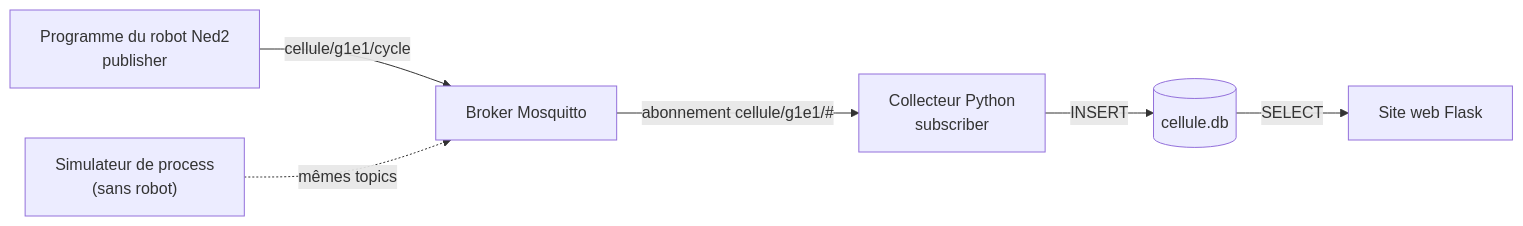
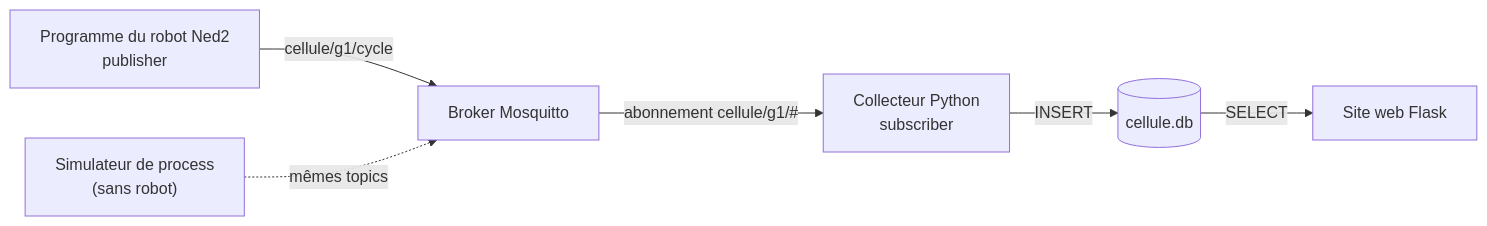
The first of 2 diagrams in cours/collecteur_MQTT.md (fabrice1618/niryo2), drawn with Mermaid before and after one commit. The commit also changed other lines of this file and 37 other files, not shown here.

````diff
--- a/cours/collecteur_MQTT.md
+++ b/cours/collecteur_MQTT.md
@@ -33,8 +33,8 @@
 ```mermaid
 flowchart LR
-    ROBOT["Programme du robot Ned2<br/>publisher"] -- "cellule/g1e1/cycle" --> BROKER["Broker Mosquitto"]
+    ROBOT["Programme du robot Ned2<br/>publisher"] -- "cellule/g1/cycle" --> BROKER["Broker Mosquitto"]
     SIM["Simulateur de process<br/>(sans robot)"] -. "mêmes topics" .-> BROKER
-    BROKER -- "abonnement cellule/g1e1/#" --> COLL["Collecteur Python<br/>subscriber"]
+    BROKER -- "abonnement cellule/g1/#" --> COLL["Collecteur Python<br/>subscriber"]
     COLL -- "INSERT" --> DB[("cellule.db")]
     DB -- "SELECT" --> WEB["Site web Flask"]
 ```
````
